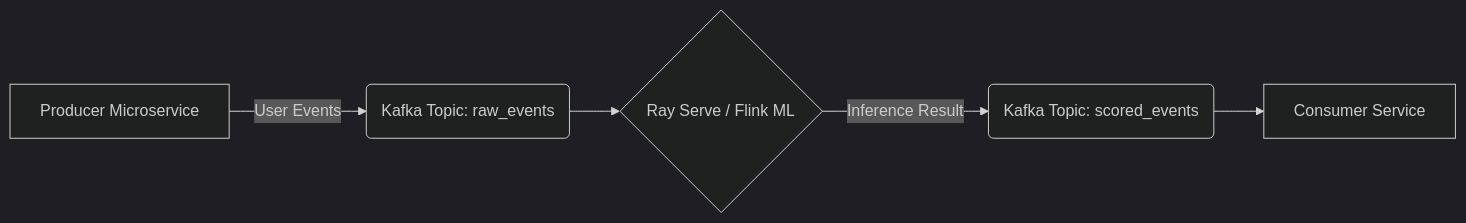
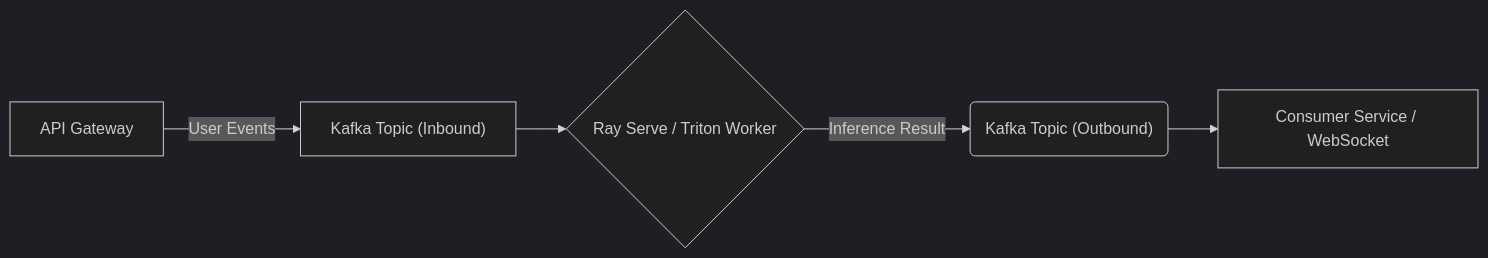
Before and after one commit to kythuatdulieu/kythuatdulieu.github.io: the diagram in src/content/docs/concepts/9-genai-machine-learning/model-serving.md, drawn with Mermaid (dark theme). The commit also changed other lines of this file and 213 other files, not shown here.

Commit message:
Fix syntax and rewrite 200+ concepts docs to deep-dive system architecture and add GA4 tracking to quiz app

````diff
--- a/src/content/docs/concepts/9-genai-machine-learning/model-serving.md
+++ b/src/content/docs/concepts/9-genai-machine-learning/model-serving.md
@@ -34,7 +36,7 @@
 ```mermaid
 graph LR
-    A["Producer Microservice"] -->|User Events| B("Kafka Topic: raw_events")
-    B --> C{Ray Serve / Flink ML}
-    C -->|Inference Result| D("Kafka Topic: scored_events")
-    D --> E["Consumer Service"]
+    A["API Gateway"] -->|User Events| B["Kafka Topic (Inbound)"]
+    B --> C{"Ray Serve / Triton Worker"}
+    C -->|Inference Result| D("Kafka Topic (Outbound)")
+    D --> E["Consumer Service / WebSocket"]
 ```
````
